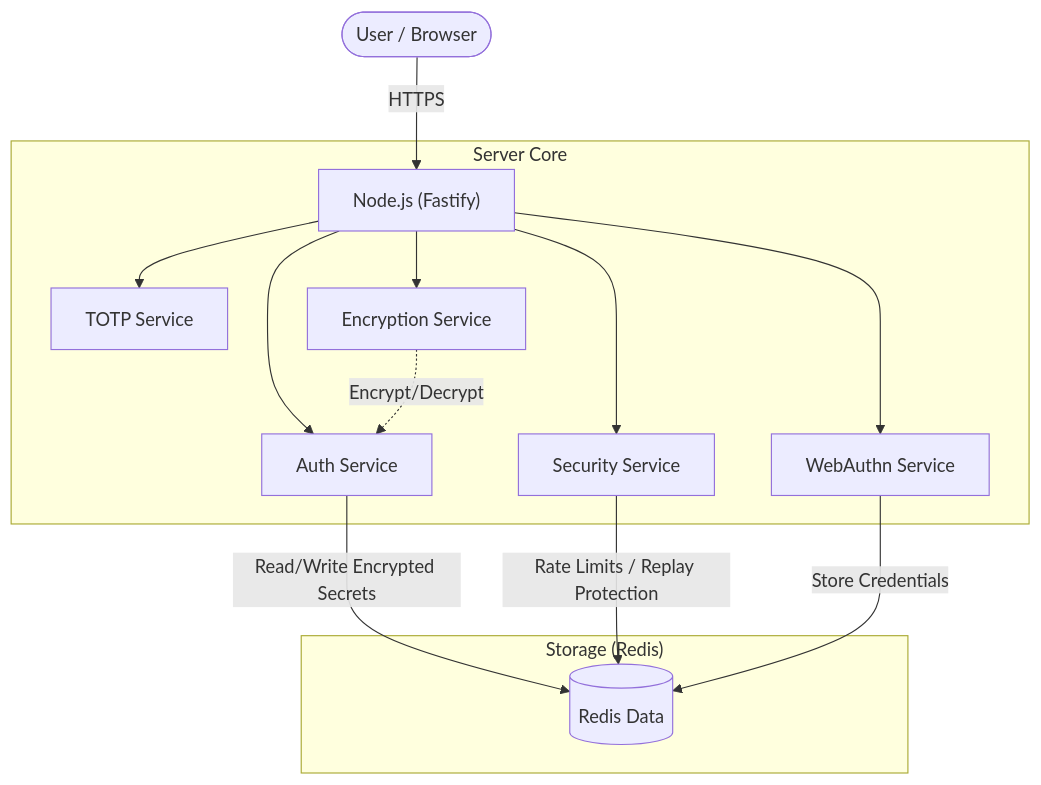
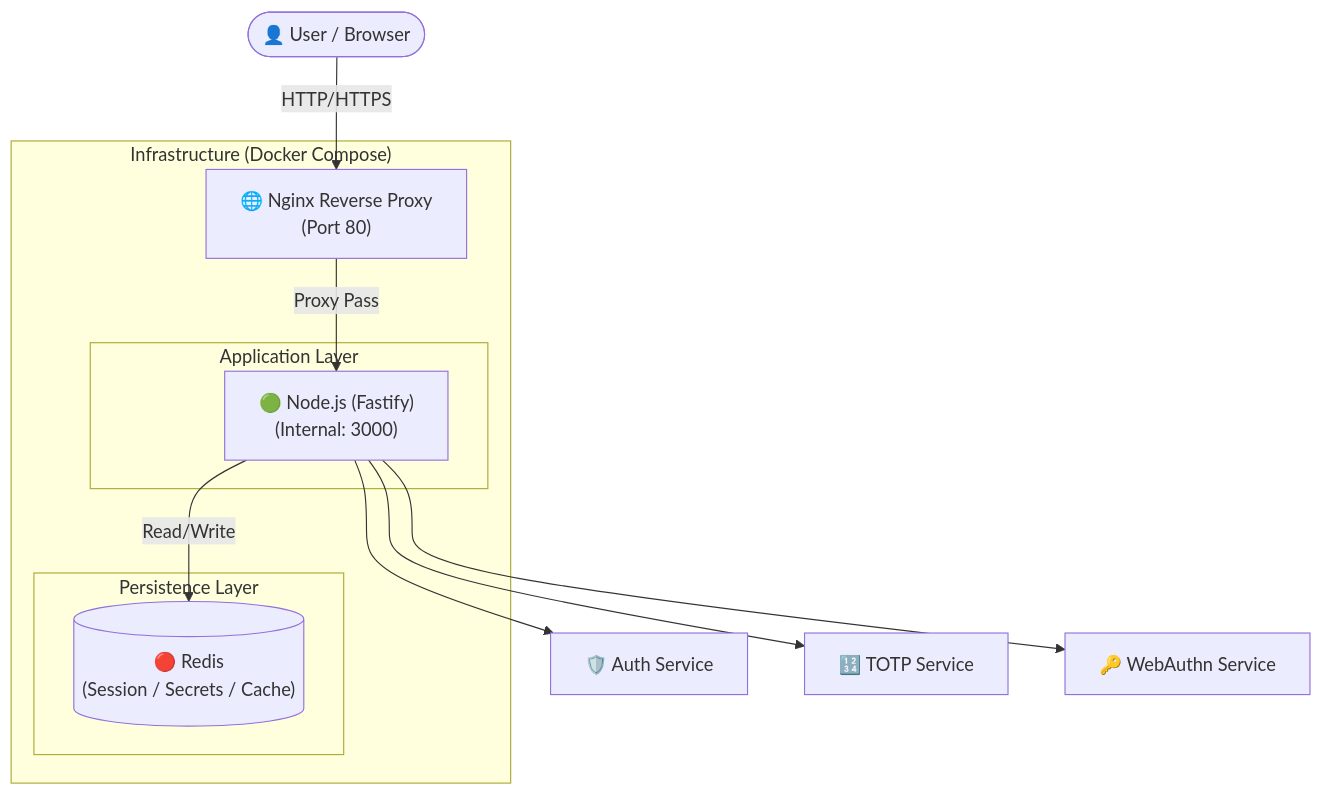
The diagram in README.md (tr0drigues/otp), drawn with Mermaid before and after one commit. The commit also changed other lines of this file and 15 other files, not shown here.

````diff
--- a/README.md
+++ b/README.md
@@ -9,20 +14,25 @@
 ```mermaid
 graph TD
-    Client(["User / Browser"]) -->|HTTPS| Server["Node.js (Fastify)"]
+    Client(["👤 User / Browser"]) 
     
-    subgraph "Server Core"
-        Server --> Auth[Auth Service]
-        Server --> TOTP[TOTP Service]
-        Server --> WebAuthn[WebAuthn Service]
-        Server --> Sec[Security Service]
-        Server --> Enc[Encryption Service]
+    subgraph "Infrastructure (Docker Compose)"
+        Nginx["🌐 Nginx Reverse Proxy\n(Port 80)"]
+        
+        subgraph "Application Layer"
+            Node["🟢 Node.js (Fastify)\n(Internal: 3000)"]
+        end
+        
+        subgraph "Persistence Layer"
+            Redis[("🔴 Redis\n(Session / Secrets / Cache)")]
+        end
     end
 
-    subgraph "Storage (Redis)"
-        Auth -->|Read/Write Encrypted Secrets| Redis[(Redis Data)]
-        Sec -->|Rate Limits / Replay Protection| Redis
-        WebAuthn -->|Store Credentials| Redis
-    end
+    Client -->|HTTP/HTTPS| Nginx
+    Nginx -->|Proxy Pass| Node
+    Node -->|Read/Write| Redis
 
-    Enc -.->|Encrypt/Decrypt| Auth
+    %% Logic Flow
+    Node --> Auth["🛡️ Auth Service"]
+    Node --> TOTP["🔢 TOTP Service"]
+    Node --> WebAuthn["🔑 WebAuthn Service"]
 ```
````
